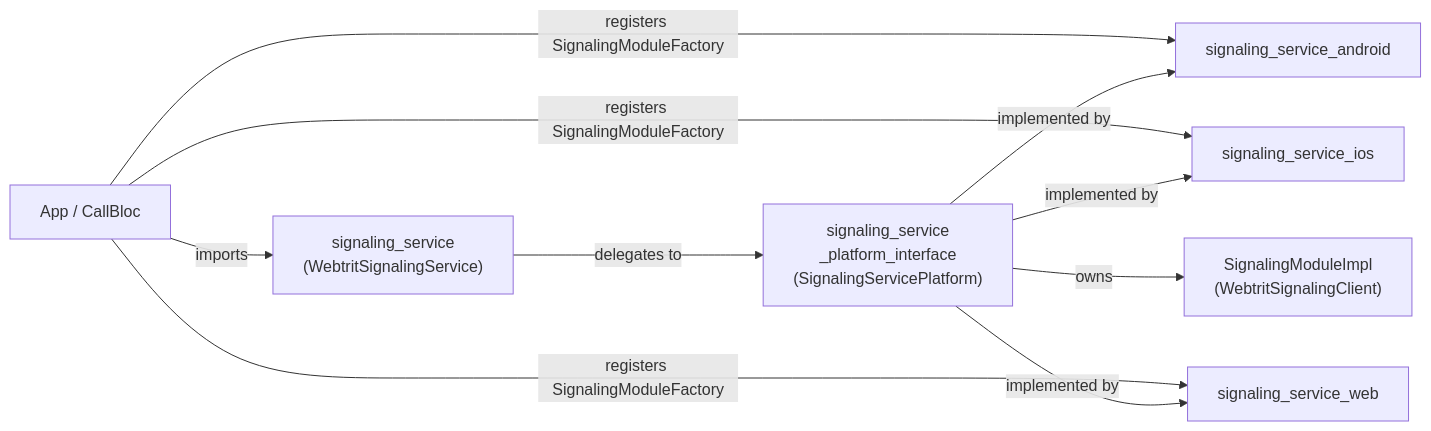
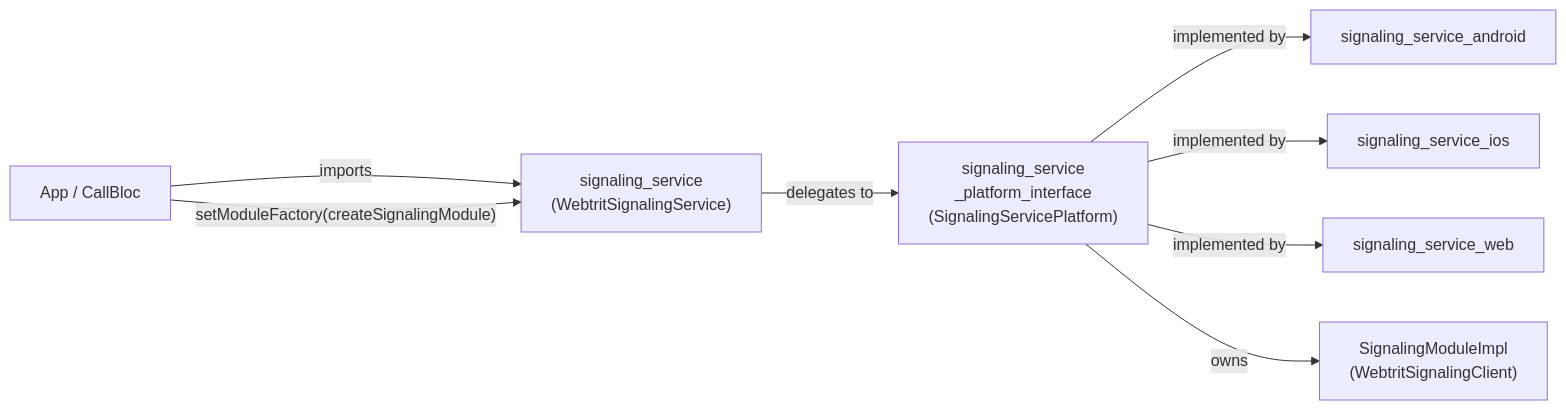
The first of 6 diagrams in phone/packages/signaling_service/ARCHITECTURE.md (portaone/porta-phone-mobile-app), drawn with Mermaid before and after one commit. The commit also changed other lines of this file and 43 other files, not shown here.

````diff
--- a/phone/packages/signaling_service/ARCHITECTURE.md
+++ b/phone/packages/signaling_service/ARCHITECTURE.md
@@ -11,10 +13,10 @@
 ```mermaid
 graph LR
     App["App / CallBloc"] -->|imports| Umbrella["signaling_service\n(WebtritSignalingService)"]
+    App -->|"setModuleFactory(createSignalingModule)"| Umbrella
     Umbrella -->|delegates to| PI["signaling_service\n_platform_interface\n(SignalingServicePlatform)"]
     PI -->|implemented by| Android["signaling_service_android"]
     PI -->|implemented by| IOS["signaling_service_ios"]
     PI -->|implemented by| WEB["signaling_service_web"]
-    App -->|registers SignalingModuleFactory| Android & IOS & WEB
     PI -->|owns| SM["SignalingModuleImpl\n(WebtritSignalingClient)"]
 ```
````
